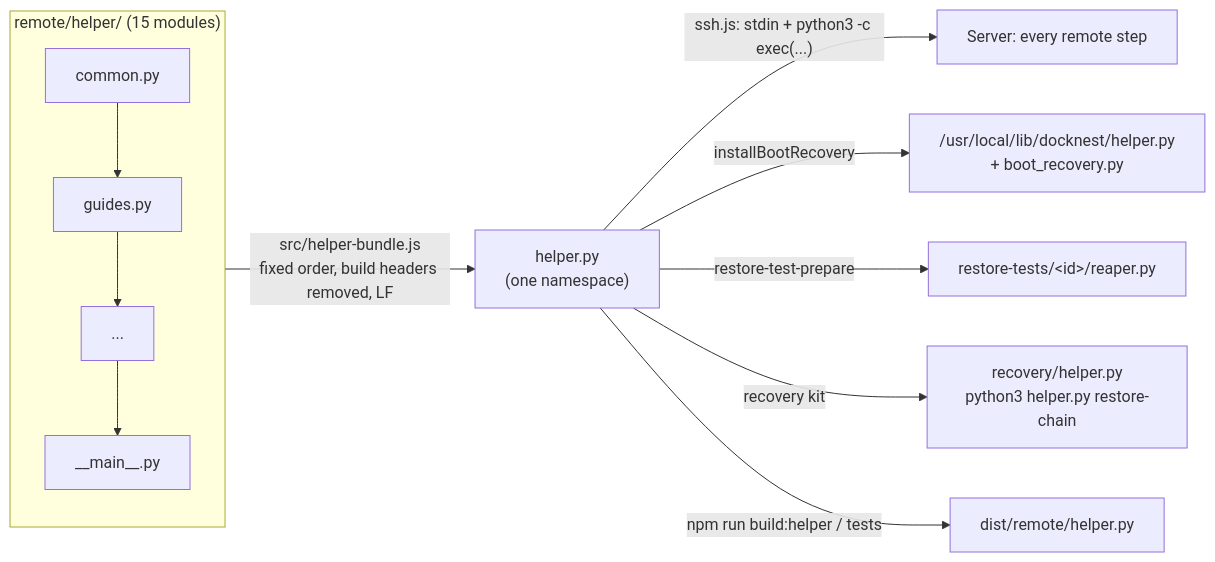
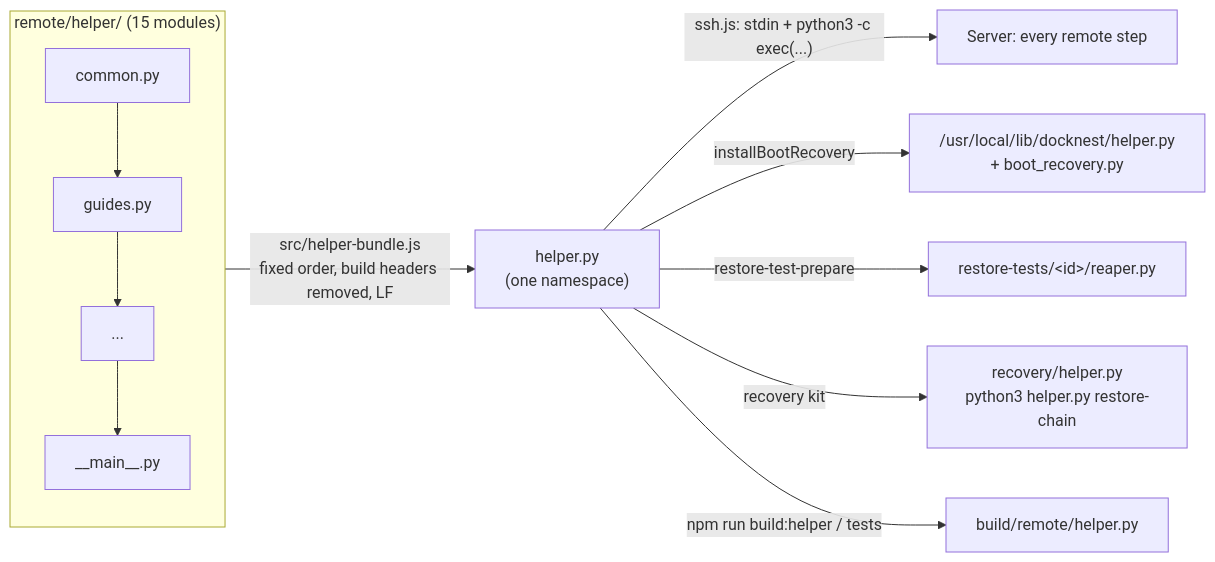
Before and after one commit to DahanItamar/DockNest: the first of 3 diagrams in docs/remote-helper.md, drawn with Mermaid. The commit also changed other lines of this file and 10 other files, not shown here.

First line of the commit message:
fix(helper): keep the built test helper out of the served dist/ folder

````diff
--- a/docs/remote-helper.md
+++ b/docs/remote-helper.md
@@ -41,12 +41,12 @@
 ```mermaid
 flowchart LR
   subgraph Source["remote/helper/ (15 modules)"]
     M1[common.py] --> M2[guides.py] --> M3[...] --> M15[__main__.py]
   end
   Source -->|"src/helper-bundle.js<br/>fixed order, build headers removed, LF"| B["helper.py<br/>(one namespace)"]
   B -->|"ssh.js: stdin + python3 -c exec(...)"| S[Server: every remote step]
   B -->|"installBootRecovery"| R["/usr/local/lib/docknest/helper.py<br/>+ boot_recovery.py"]
   B -->|"restore-test-prepare"| P["restore-tests/&lt;id&gt;/reaper.py"]
   B -->|"recovery kit"| K["recovery/helper.py<br/>python3 helper.py restore-chain"]
-  B -->|"npm run build:helper / tests"| D[dist/remote/helper.py]
+  B -->|"npm run build:helper / tests"| D[build/remote/helper.py]
 ```
````
